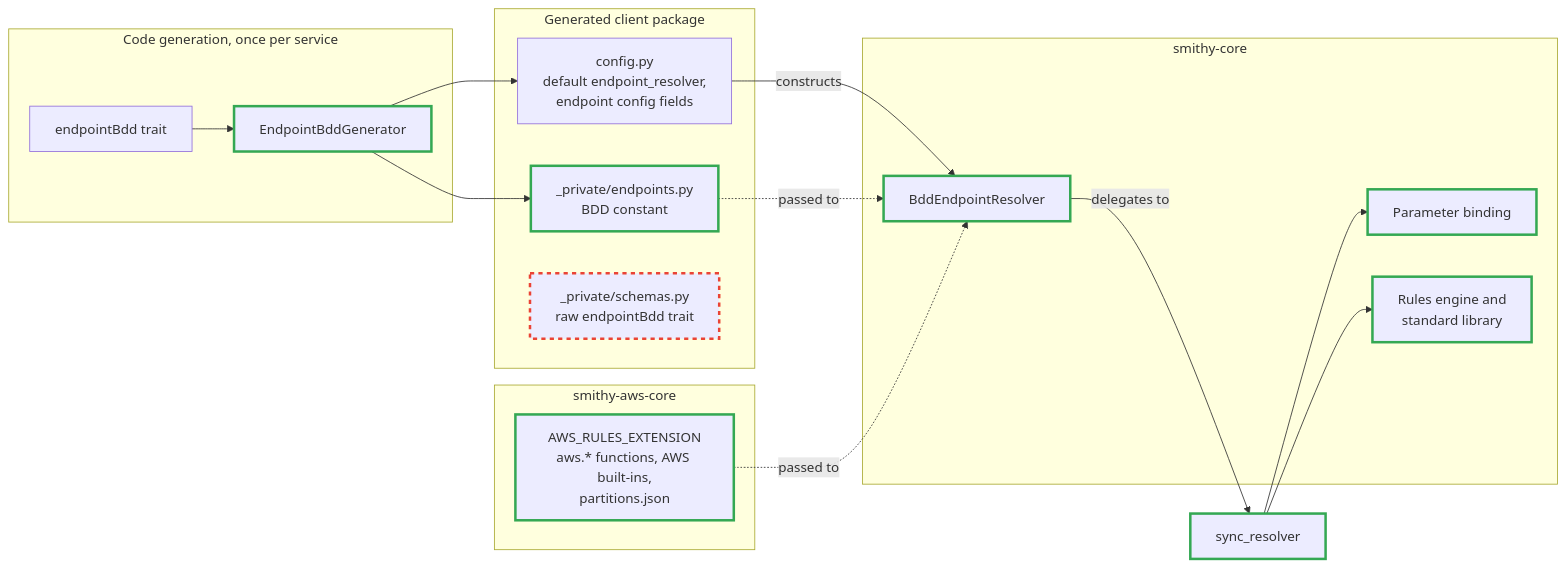
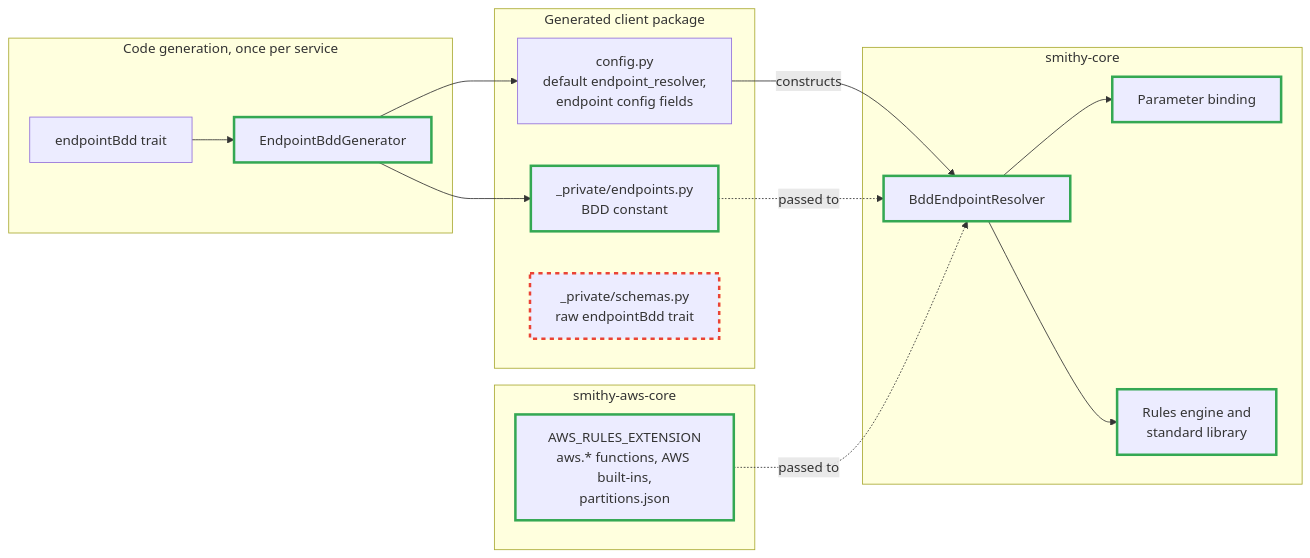
Before and after one commit to smithy-lang/smithy-python: the second of 4 diagrams in designs/endpoints.md, drawn with Mermaid. The commit also changed other lines of this file and 17 other files, not shown here.

````diff
--- a/designs/endpoints.md
+++ b/designs/endpoints.md
@@ -125,34 +122,33 @@
 ```mermaid
 flowchart LR
     subgraph codegen["Code generation, once per service"]
         trait["endpointBdd trait"] --> generator["EndpointBddGenerator"]
     end
 
     subgraph client["Generated client package"]
         bdd["_private/endpoints.py<br/>BDD constant"]
         config["config.py<br/>default endpoint_resolver,<br/>endpoint config fields"]
         raw["_private/schemas.py<br/>raw endpointBdd trait"]
     end
 
     subgraph core["smithy-core"]
         resolver["BddEndpointResolver"]
         binding["Parameter binding"]
         engine["Rules engine and<br/>standard library"]
     end
 
     subgraph aws["smithy-aws-core"]
         extension["AWS_RULES_EXTENSION<br/>aws.* functions, AWS built-ins,<br/>partitions.json"]
     end
 
     generator --> bdd & config
     config -- "constructs" --> resolver
     bdd -. "passed to" .-> resolver
     extension -. "passed to" .-> resolver
-    resolver -- "delegates to" --> sync_resolver
-    sync_resolver --> binding & engine
+    resolver --> binding & engine
 
     classDef new stroke:#34a853,stroke-width:3px
     classDef removed stroke:#ea4335,stroke-width:3px,stroke-dasharray:5 5
-    class generator,bdd,resolver,sync_resolver,binding,engine,extension new
+    class generator,bdd,resolver,binding,engine,extension new
     class raw removed
 ```
````
